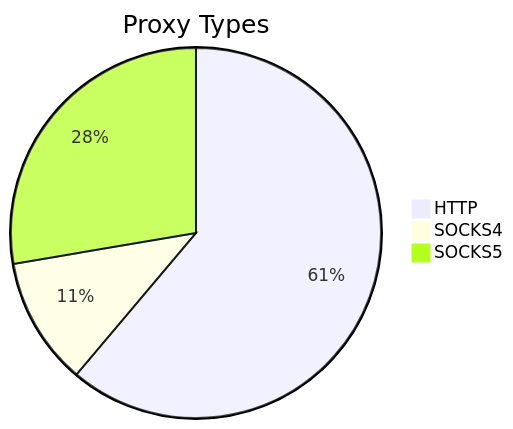
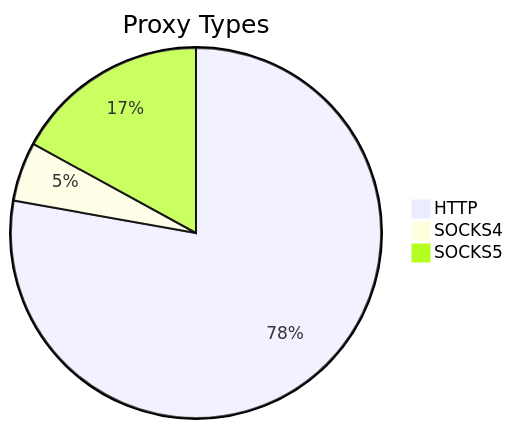
The first of 2 diagrams in README.md (stormsia/proxy-list), drawn with Mermaid before and after one commit. The commit also changed other lines of this file, not shown here.

````diff
--- a/README.md
+++ b/README.md
@@ -21,6 +21,6 @@
 ```mermaid
 pie title Proxy Types
-    "HTTP" : 389
-    "SOCKS4" : 71
-    "SOCKS5" : 176
+    "HTTP" : 361
+    "SOCKS4" : 24
+    "SOCKS5" : 79
 ```
````
